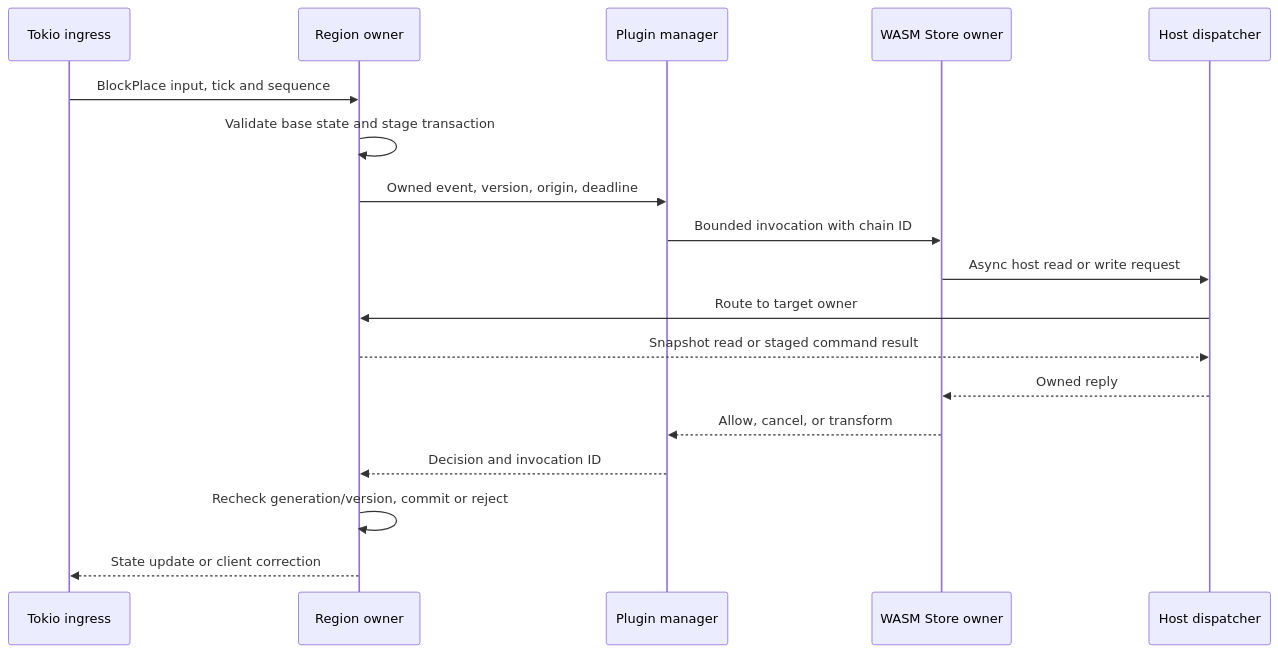
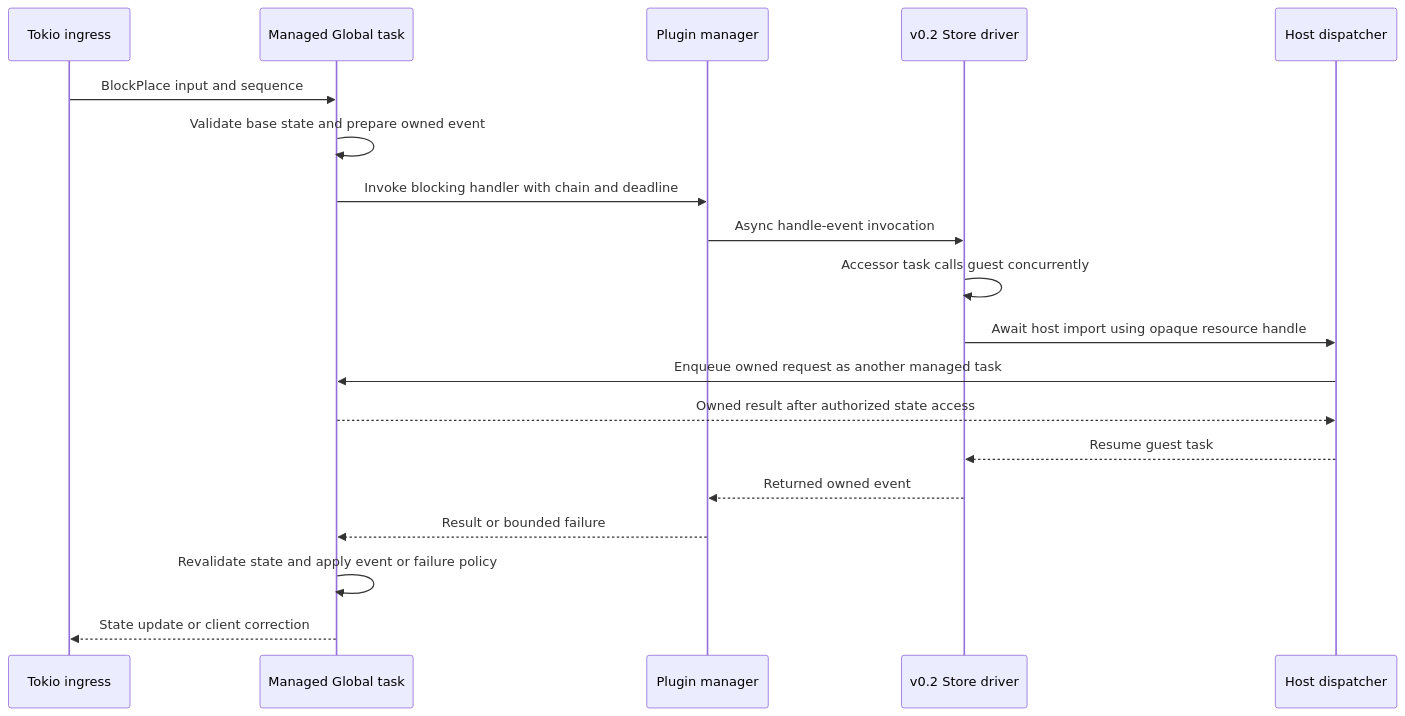
Before and after one commit to Phoenixxo/Pumpkin: the second of 2 diagrams in docs/architecture/plugin-pipeline.md, drawn with Mermaid. The commit also changed other lines of this file and 9 other files, not shown here.

Commit message:
docs(architecture): align plugin design with v0.2 proposal

````diff
--- a/docs/architecture/plugin-pipeline.md
+++ b/docs/architecture/plugin-pipeline.md
@@ -24,20 +47,21 @@
 ```mermaid
 sequenceDiagram
     participant N as Tokio ingress
-    participant R as Region owner
+    participant G as Managed Global task
     participant P as Plugin manager
-    participant W as WASM Store owner
+    participant W as v0.2 Store driver
     participant H as Host dispatcher
-    N->>R: BlockPlace input, tick and sequence
-    R->>R: Validate base state and stage transaction
-    R->>P: Owned event, version, origin, deadline
-    P->>W: Bounded invocation with chain ID
-    W->>H: Async host read or write request
-    H->>R: Route to target owner
-    R-->>H: Snapshot read or staged command result
-    H-->>W: Owned reply
-    W-->>P: Allow, cancel, or transform
-    P-->>R: Decision and invocation ID
-    R->>R: Recheck generation/version, commit or reject
-    R-->>N: State update or client correction
+    N->>G: BlockPlace input and sequence
+    G->>G: Validate base state and prepare owned event
+    G->>P: Invoke blocking handler with chain and deadline
+    P->>W: Async handle-event invocation
+    W->>W: Accessor task calls guest concurrently
+    W->>H: Await host import using opaque resource handle
+    H->>G: Enqueue owned request as another managed task
+    G-->>H: Owned result after authorized state access
+    H-->>W: Resume guest task
+    W-->>P: Returned owned event
+    P-->>G: Result or bounded failure
+    G->>G: Revalidate state and apply event or failure policy
+    G-->>N: State update or client correction
 ```
````
